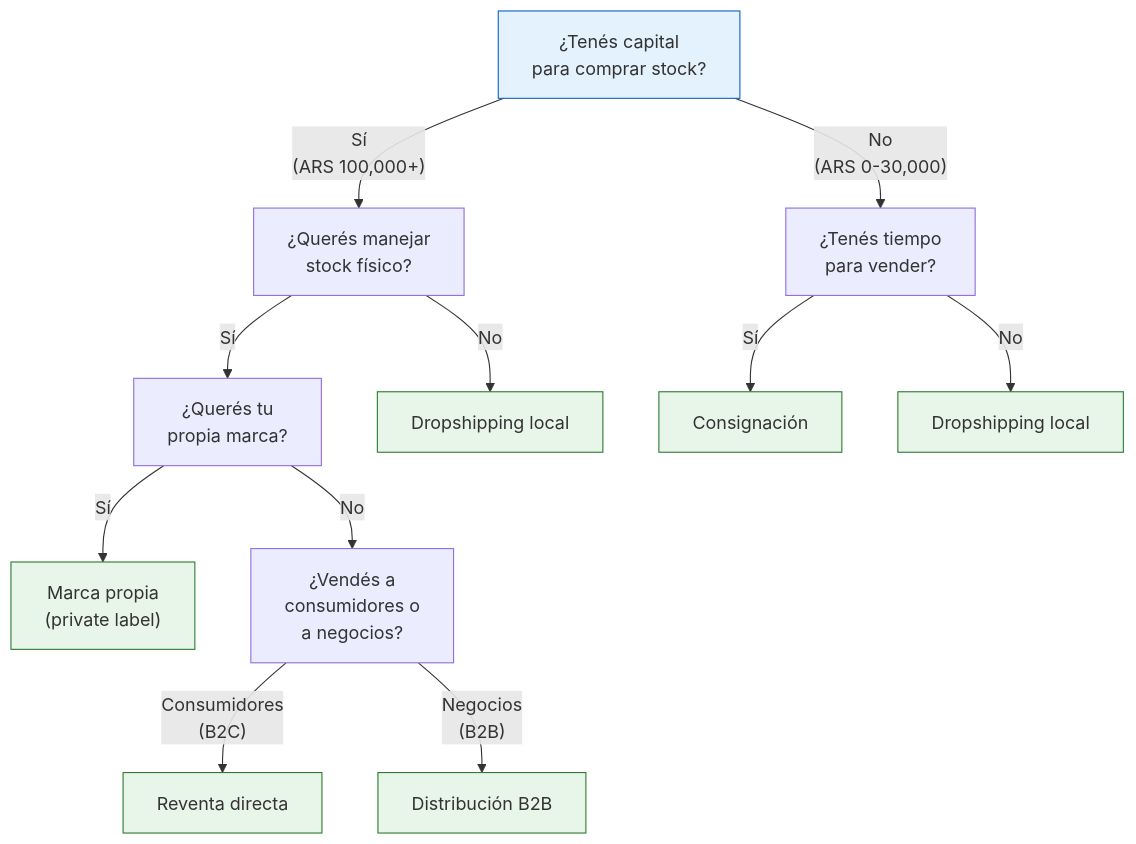
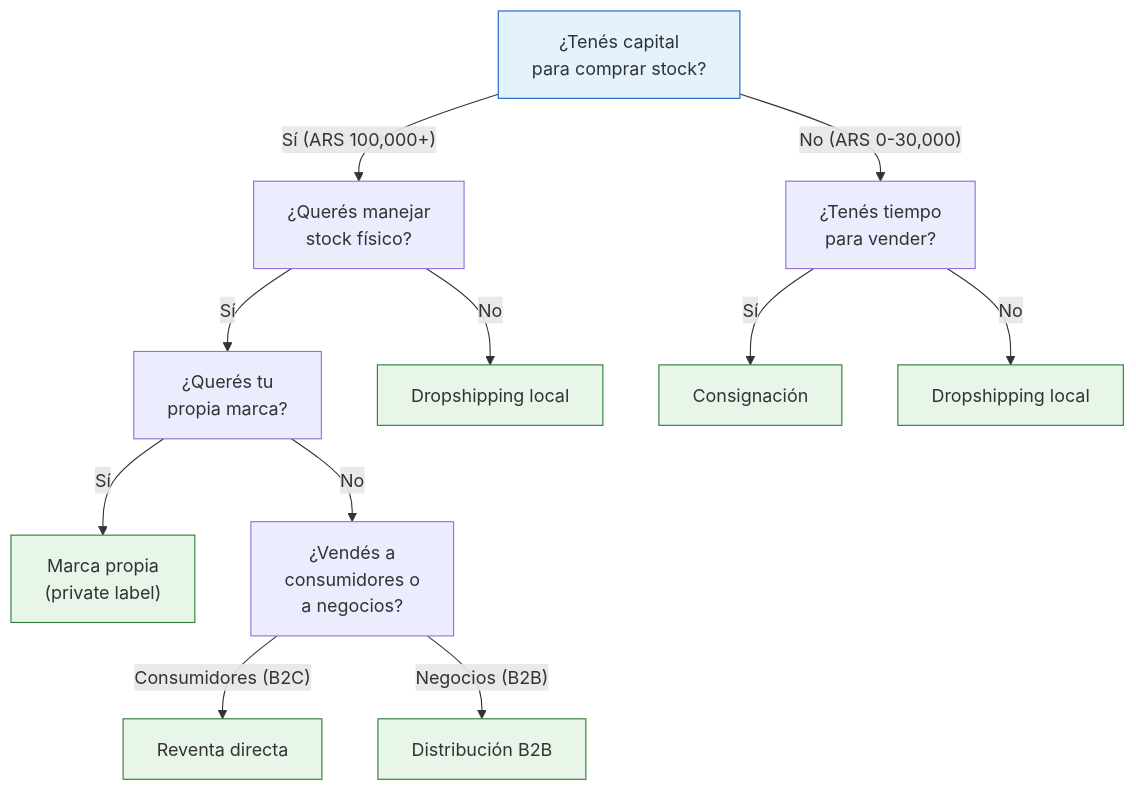
The first of 2 diagrams in app/paso1-argentina/empezar-de-cero/modelos-negocio-intro.mdx (barrosignacioezequiel-coder/docs), drawn with Mermaid before and after one commit. The commit also changed 10 other files, not shown here.

First line of the commit message:
fix: remove <br/> from Mermaid edge labels causing list errors

````diff
--- a/app/paso1-argentina/empezar-de-cero/modelos-negocio-intro.mdx
+++ b/app/paso1-argentina/empezar-de-cero/modelos-negocio-intro.mdx
@@ -90,25 +90,25 @@
 ```mermaid
 graph TD
-    A["¿Tenés capital<br/>para comprar stock?"] -->|"Sí<br/>(ARS 100,000+)"| B["¿Querés manejar<br/>stock físico?"]
-    A -->|"No<br/>(ARS 0-30,000)"| C["¿Tenés tiempo<br/>para vender?"]
+    A["¿Tenés capital<br/>para comprar stock?"] -->|"Sí (ARS 100,000+)"| B["¿Querés manejar<br/>stock físico?"]
+    A -->|"No (ARS 0-30,000)"| C["¿Tenés tiempo<br/>para vender?"]
 
     B -->|"Sí"| D["¿Querés tu<br/>propia marca?"]
     B -->|"No"| E["Dropshipping local"]
 
     C -->|"Sí"| F["Consignación"]
     C -->|"No"| G["Dropshipping local"]
 
     D -->|"Sí"| H["Marca propia<br/>(private label)"]
     D -->|"No"| I["¿Vendés a<br/>consumidores o<br/>a negocios?"]
 
-    I -->|"Consumidores<br/>(B2C)"| J["Reventa directa"]
-    I -->|"Negocios<br/>(B2B)"| K["Distribución B2B"]
+    I -->|"Consumidores (B2C)"| J["Reventa directa"]
+    I -->|"Negocios (B2B)"| K["Distribución B2B"]
 
     style A fill:#e3f2fd,stroke:#1565c0
     style E fill:#e8f5e9,stroke:#2e7d32
     style F fill:#e8f5e9,stroke:#2e7d32
     style G fill:#e8f5e9,stroke:#2e7d32
     style H fill:#e8f5e9,stroke:#2e7d32
     style J fill:#e8f5e9,stroke:#2e7d32
     style K fill:#e8f5e9,stroke:#2e7d32
 ```
````
